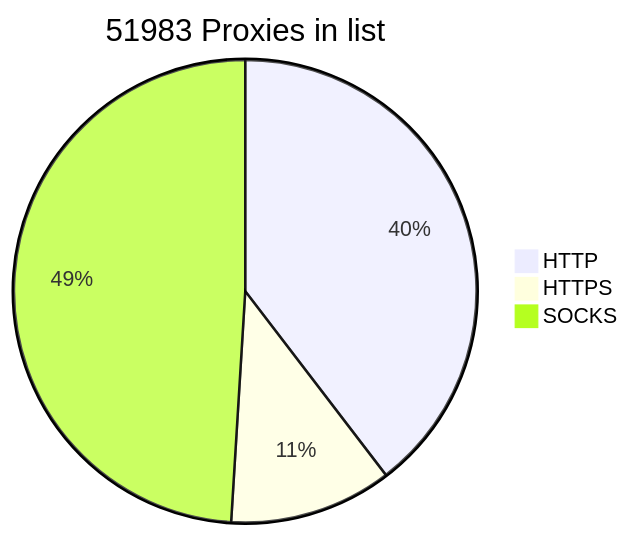
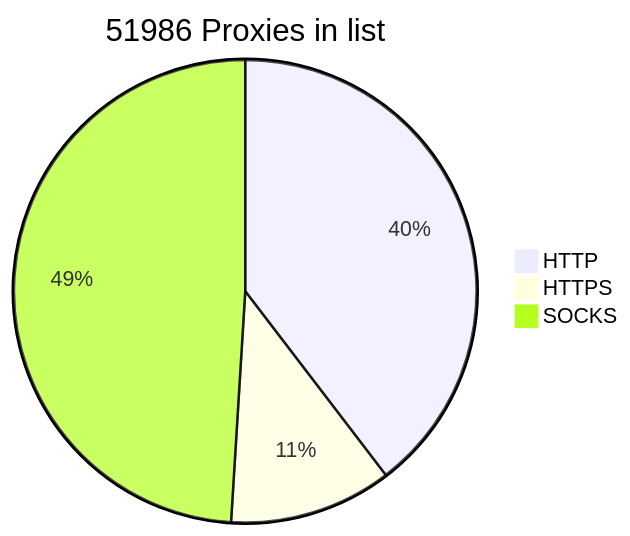
The diagram in README.md (BlackSnowDot/proxylist-update-every-minute), drawn with Mermaid before and after one commit.

````diff
--- a/README.md
+++ b/README.md
@@ -2,6 +2,6 @@
 ```mermaid
-pie title 51983 Proxies in list
-    "HTTP" : 22906
-    "HTTPS": 6577
+pie title 51986 Proxies in list
+    "HTTP" : 22911
+    "HTTPS": 6578
     "SOCKS" : 28358
 ```
````
